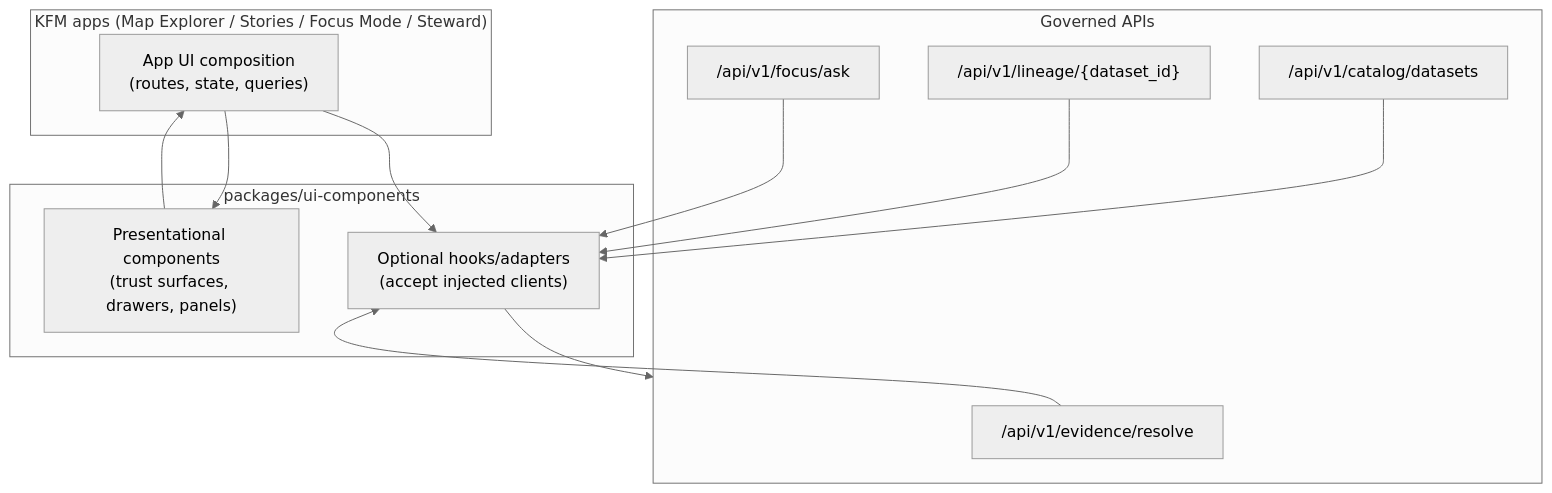
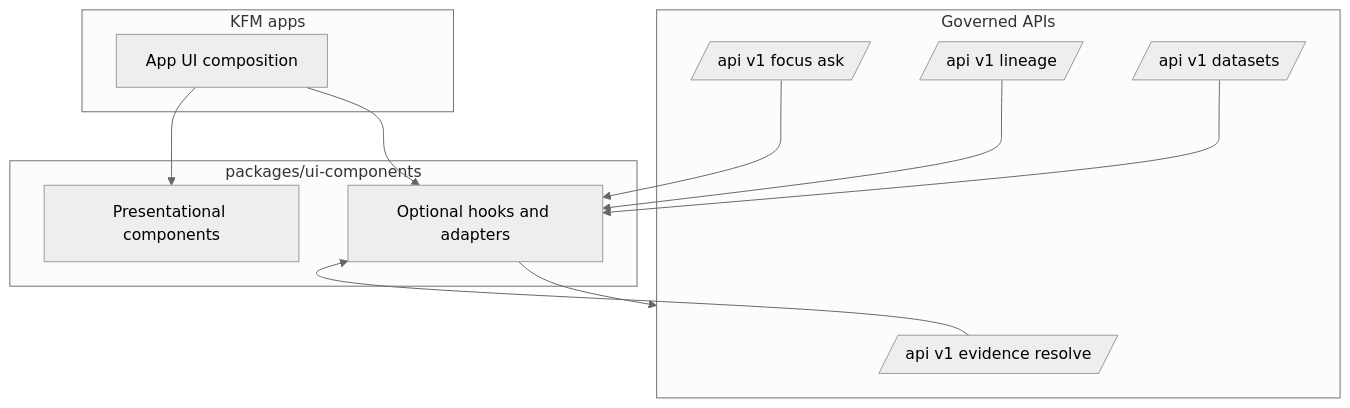
The third of 3 diagrams in packages/ui-components/README.md (bartytime4life/Kansas-Frontier-Matrix), drawn with Mermaid (neutral theme) before and after one commit. The commit also changed other lines of this file, not shown here.

````diff
--- a/packages/ui-components/README.md
+++ b/packages/ui-components/README.md
@@ -87,27 +184,26 @@
 ```mermaid
 flowchart TB
-  subgraph Apps["KFM apps (Map Explorer / Stories / Focus Mode / Steward)"]
-    AppUI["App UI composition\n(routes, state, queries)"]
+  subgraph Apps[KFM apps]
+    AppUI[App UI composition]
   end
 
-  subgraph UIK["packages/ui-components"]
-    Present["Presentational components\n(trust surfaces, drawers, panels)"]
-    Hooks["Optional hooks/adapters\n(accept injected clients)"]
+  subgraph UIK[packages/ui-components]
+    Present[Presentational components]
+    Adapters[Optional hooks and adapters]
   end
 
-  subgraph API["Governed APIs"]
-    Evidence["/api/v1/evidence/resolve"]
-    Catalog["/api/v1/catalog/datasets"]
-    Lineage["/api/v1/lineage/{dataset_id}"]
-    Focus["/api/v1/focus/ask"]
+  subgraph API[Governed APIs]
+    Evidence[/api v1 evidence resolve/]
+    Catalog[/api v1 datasets/]
+    Lineage[/api v1 lineage/]
+    Focus[/api v1 focus ask/]
   end
 
   AppUI --> Present
-  AppUI --> Hooks
-  Hooks --> API
-  Present --> AppUI
-  Evidence --> Hooks
-  Catalog --> Hooks
-  Lineage --> Hooks
-  Focus --> Hooks
+  AppUI --> Adapters
+  Adapters --> API
+  Evidence --> Adapters
+  Catalog --> Adapters
+  Lineage --> Adapters
+  Focus --> Adapters
 ```
````
